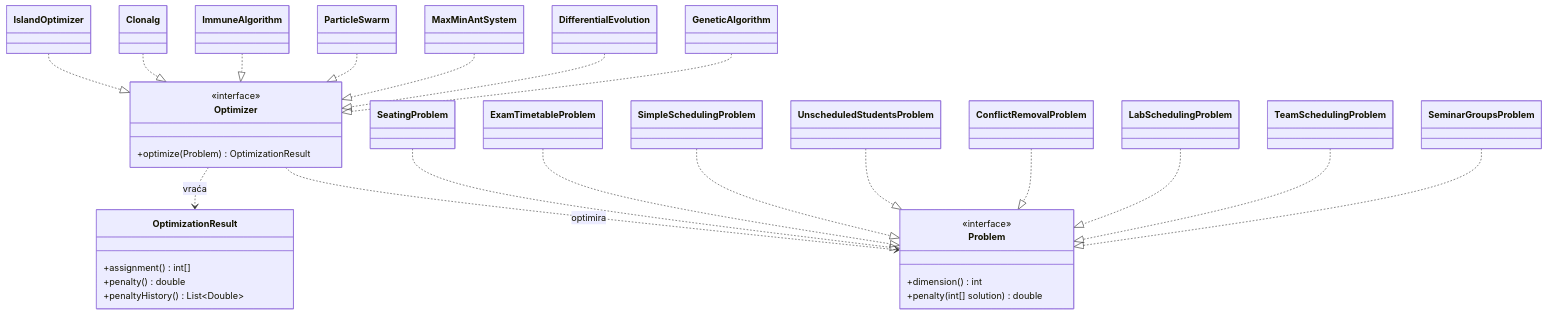
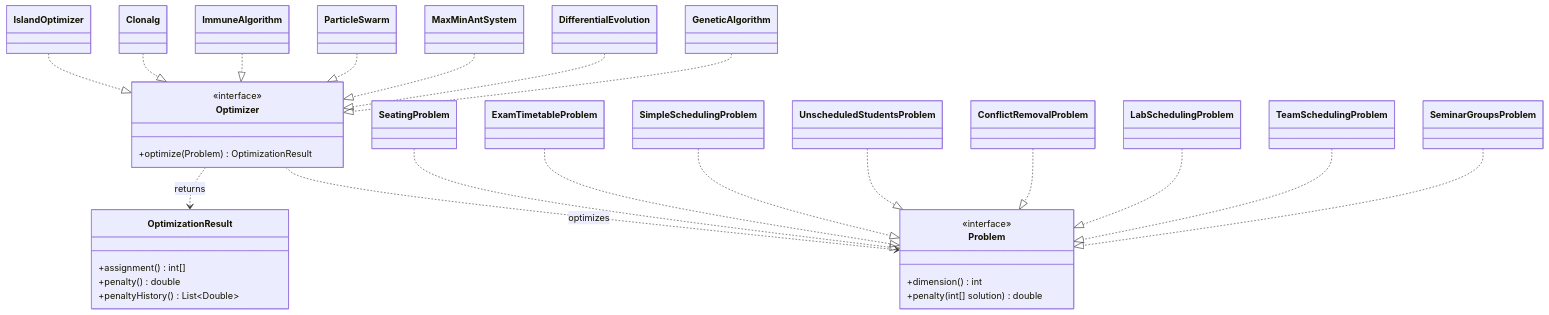
One commit to KarloKnezevic/Ferko changed the fourth of 6 diagrams in README.md. Above: the diagram before and after it, drawn with Mermaid. The commit also changed other lines of this file and 38 other files, not shown here.

First line of the commit message:
Dokumentacija iznova na engleskom: marketinški README, UML i vodiči (#96)

````diff
--- a/README.md
+++ b/README.md
@@ -253,34 +274,34 @@
 ```mermaid
 classDiagram
     class Optimizer {
         <<interface>>
         +optimize(Problem) OptimizationResult
     }
     class Problem {
         <<interface>>
         +dimension() int
         +penalty(int[] solution) double
     }
     class OptimizationResult {
         +assignment() int[]
         +penalty() double
         +penaltyHistory() List~Double~
     }
-    Optimizer ..> Problem : optimira
-    Optimizer ..> OptimizationResult : vraća
+    Optimizer ..> Problem : optimizes
+    Optimizer ..> OptimizationResult : returns
     GeneticAlgorithm ..|> Optimizer
     DifferentialEvolution ..|> Optimizer
     MaxMinAntSystem ..|> Optimizer
     ParticleSwarm ..|> Optimizer
     ImmuneAlgorithm ..|> Optimizer
     Clonalg ..|> Optimizer
     IslandOptimizer ..|> Optimizer
     SeatingProblem ..|> Problem
     ExamTimetableProblem ..|> Problem
     SimpleSchedulingProblem ..|> Problem
     UnscheduledStudentsProblem ..|> Problem
     ConflictRemovalProblem ..|> Problem
     LabSchedulingProblem ..|> Problem
     TeamSchedulingProblem ..|> Problem
     SeminarGroupsProblem ..|> Problem
 ```
````
